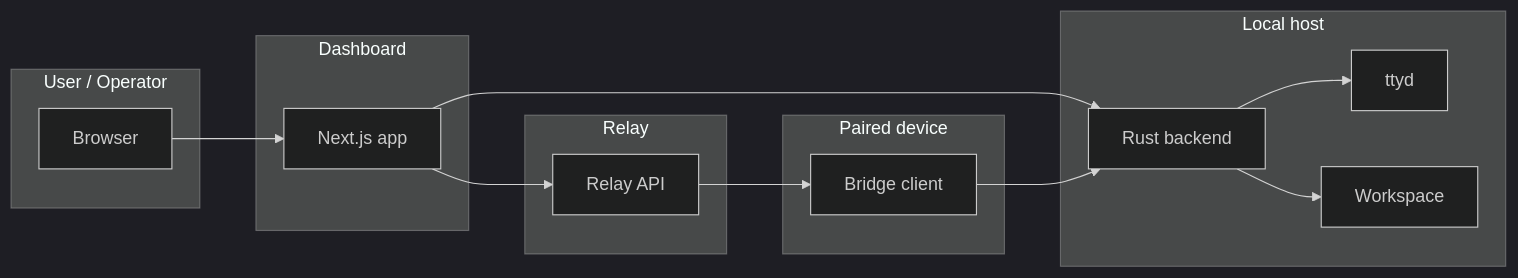
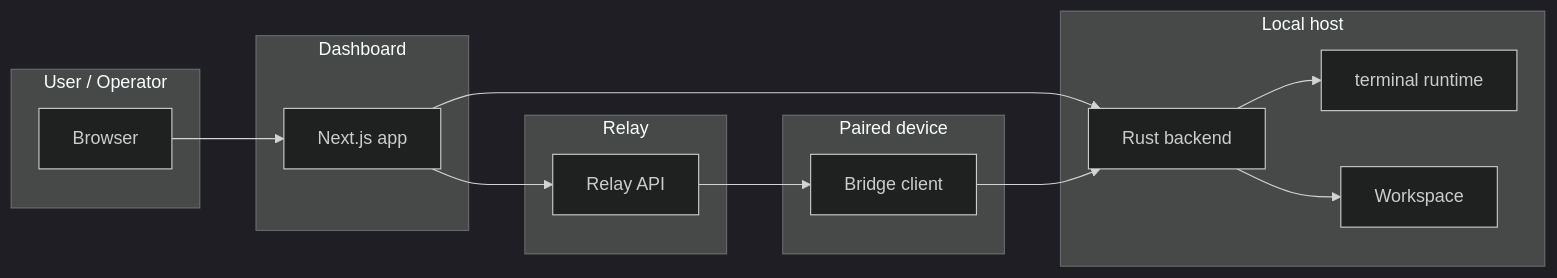
One commit to charannyk06/conductor-oss changed the diagram in conductor-oss-threat-model.md. Above: the diagram before and after it, drawn with Mermaid (dark theme). The commit also changed other lines of this file and 18 other files, not shown here.

Commit message:
docs: remove stale ttyd wording from terminal docs

````diff
--- a/conductor-oss-threat-model.md
+++ b/conductor-oss-threat-model.md
@@ -36,28 +36,28 @@
 ```mermaid
 flowchart LR
   subgraph User["User / Operator"]
     U["Browser"]
   end
   subgraph Dashboard["Dashboard"]
     W["Next.js app"]
   end
   subgraph Local["Local host"]
     B["Rust backend"]
-    T["ttyd"]
+    T["terminal runtime"]
     F["Workspace"]
   end
   subgraph Relay["Relay"]
     R["Relay API"]
   end
   subgraph Device["Paired device"]
     D["Bridge client"]
   end
 
   U --> W
   W --> B
   W --> R
   R --> D
   D --> B
   B --> T
   B --> F
 ```
````
